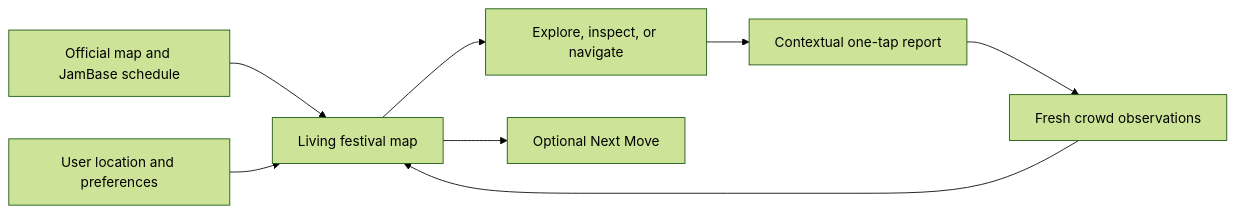
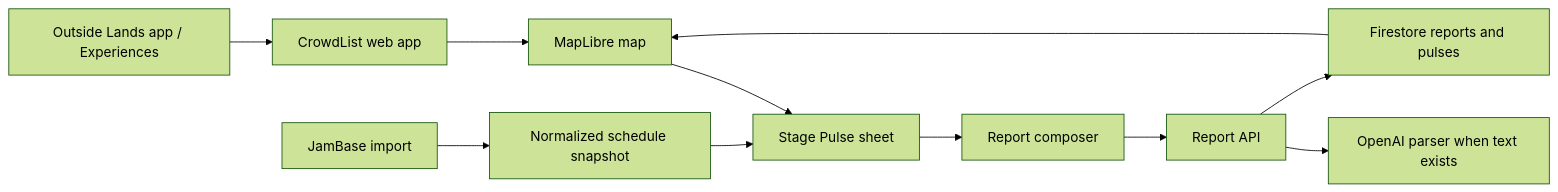
One commit to appley/crowdlist changed the diagram in docs/product-spec.md. Above: the diagram before and after it, drawn with Mermaid (forest theme). The commit also changed other lines of this file and 1 other file, not shown here.

Commit message:
docs: streamline CrowdList V1 scope

````diff
--- a/docs/product-spec.md
+++ b/docs/product-spec.md
@@ -105,10 +490,13 @@
 ```mermaid
 flowchart LR
-    A[Official map and JamBase schedule] --> D[Living festival map]
-    B[Fresh crowd observations] --> D
-    C[User location and preferences] --> D
-    D --> E[Explore, inspect, or navigate]
-    E --> F[Contextual one-tap report]
-    F --> B
-    D --> G[Optional Next Move]
+    G[Outside Lands app / Experiences] --> W[CrowdList web app]
+    W --> M[MapLibre map]
+    M --> S[Stage Pulse sheet]
+    S --> R[Report composer]
+    R --> A[Report API]
+    A --> O[OpenAI parser when text exists]
+    A --> F[Firestore reports and pulses]
+    F --> M
+    J[JamBase import] --> C[Normalized schedule snapshot]
+    C --> S
 ```
````
